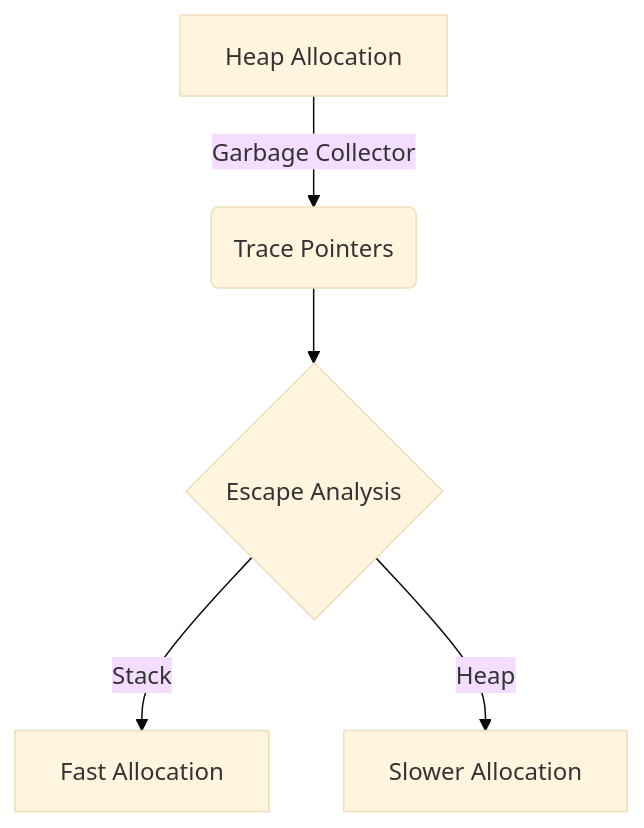
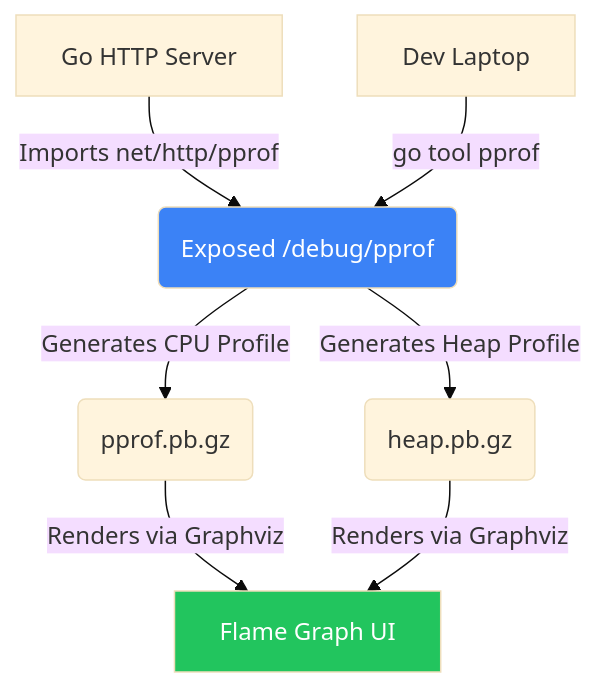
The diagram in content/lessons/performance-engineering/001-pprof.md (Suryavamsi53/goverseforgophers), drawn with Mermaid (base theme) before and after one commit. The commit also changed other lines of this file and 218 other files, not shown here.

Commit message:
feat(curriculum): complete full 108-lesson standardisation with FAANG architectural templates

````diff
--- a/content/lessons/performance-engineering/001-pprof.md
+++ b/content/lessons/performance-engineering/001-pprof.md
@@ -16,7 +18,15 @@
 ```mermaid
 graph TD
-    A[Heap Allocation] -->|Garbage Collector| B(Trace Pointers)
-    B --> C{Escape Analysis}
-    C -->|Stack| D[Fast Allocation]
-    C -->|Heap| E[Slower Allocation]
+    A[Go HTTP Server] -->|Imports net/http/pprof| B(Exposed /debug/pprof)
+    
+    C[Dev Laptop] -->|go tool pprof| B
+    
+    B -->|Generates CPU Profile| D(pprof.pb.gz)
+    B -->|Generates Heap Profile| E(heap.pb.gz)
+    
+    D -->|Renders via Graphviz| F[Flame Graph UI]
+    E -->|Renders via Graphviz| F
+    
+    style B fill:#3b82f6,color:#fff
+    style F fill:#22c55e,color:#fff
 ```
````
